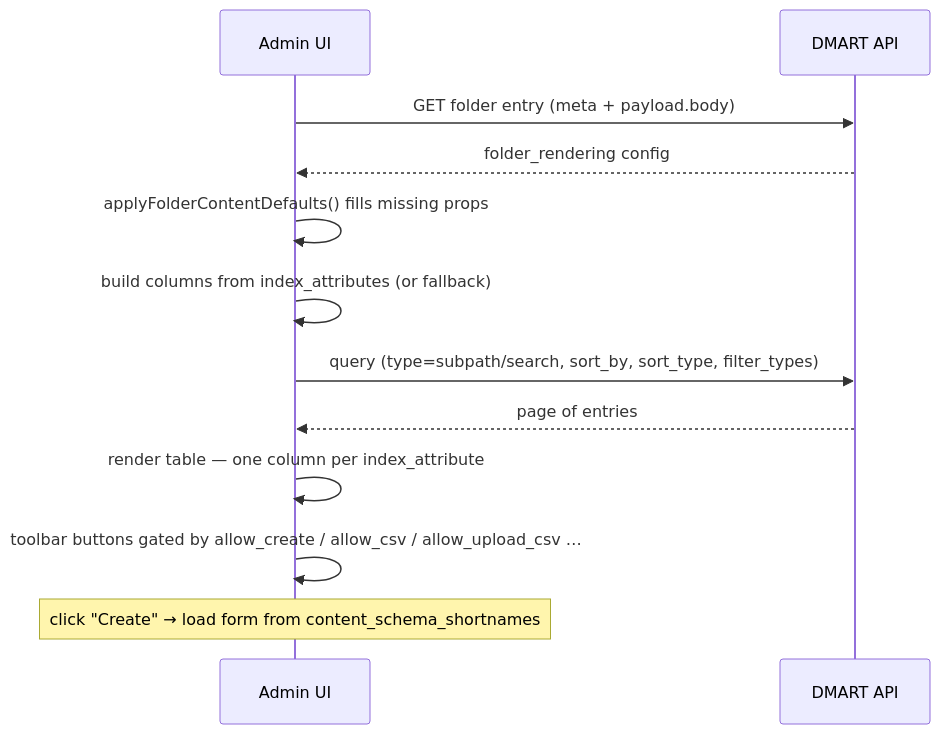
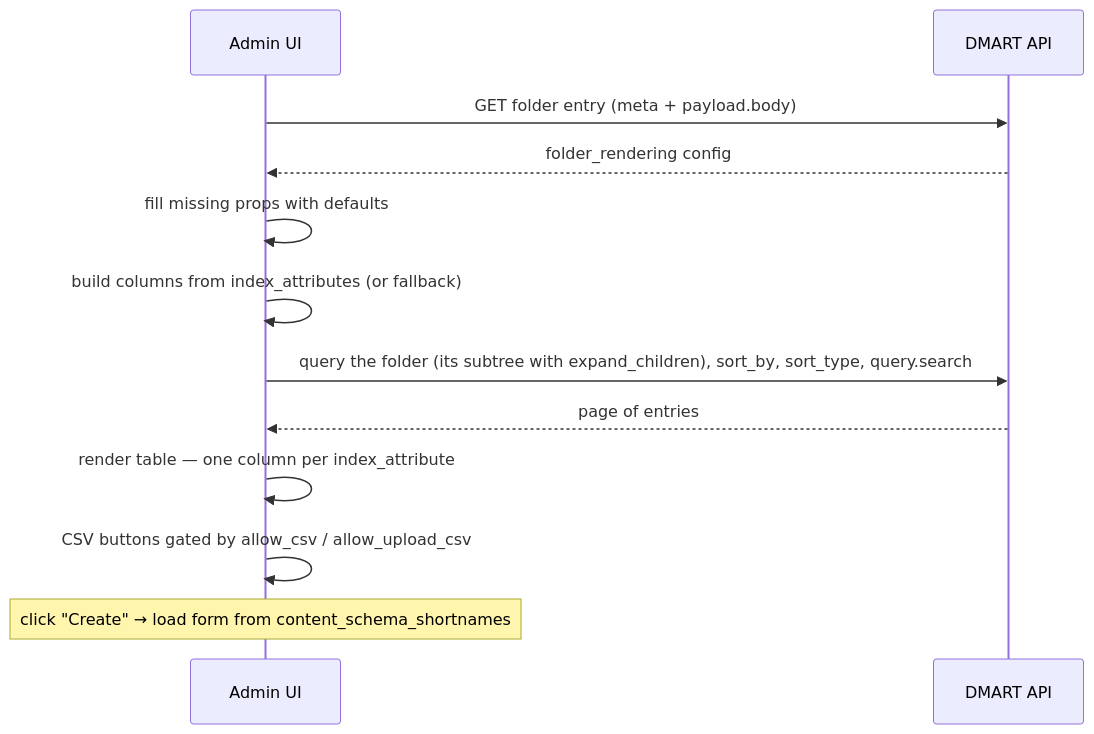
Before and after one commit to edraj/website: the second of 2 diagrams in pack/space/pages/folders.md, drawn with Mermaid. The commit also changed other lines of this file and 14 other files, not shown here.

````diff
--- a/pack/space/pages/folders.md
+++ b/pack/space/pages/folders.md
@@ -158,14 +160,14 @@
 ```mermaid
 sequenceDiagram
     participant UI as Admin UI
     participant API as DMART API
     UI->>API: GET folder entry (meta + payload.body)
     API-->>UI: folder_rendering config
-    UI->>UI: applyFolderContentDefaults() fills missing props
+    UI->>UI: fill missing props with defaults
     UI->>UI: build columns from index_attributes (or fallback)
-    UI->>API: query (type=subpath/search, sort_by, sort_type, filter_types)
+    UI->>API: query the folder (its subtree with expand_children), sort_by, sort_type, query.search
     API-->>UI: page of entries
     UI->>UI: render table — one column per index_attribute
-    UI->>UI: toolbar buttons gated by allow_create / allow_csv / allow_upload_csv …
+    UI->>UI: CSV buttons gated by allow_csv / allow_upload_csv
     Note over UI: click "Create" → load form from content_schema_shortnames
 ```
````
